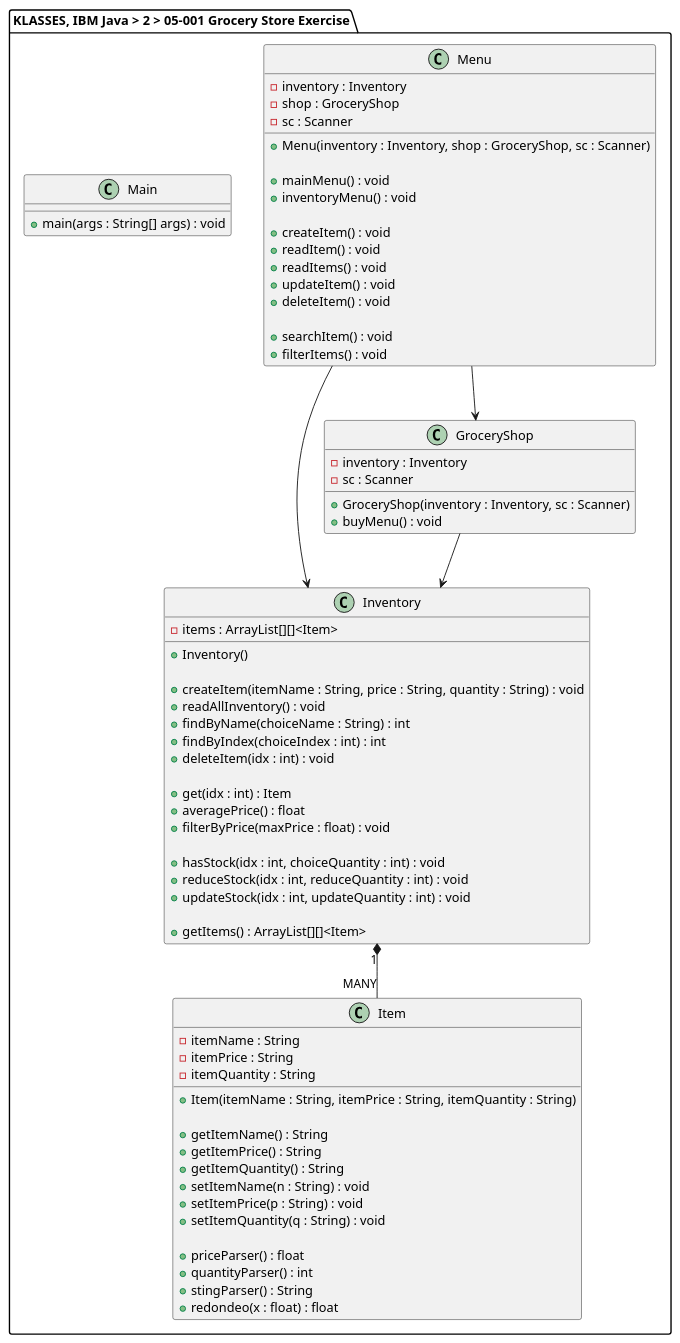
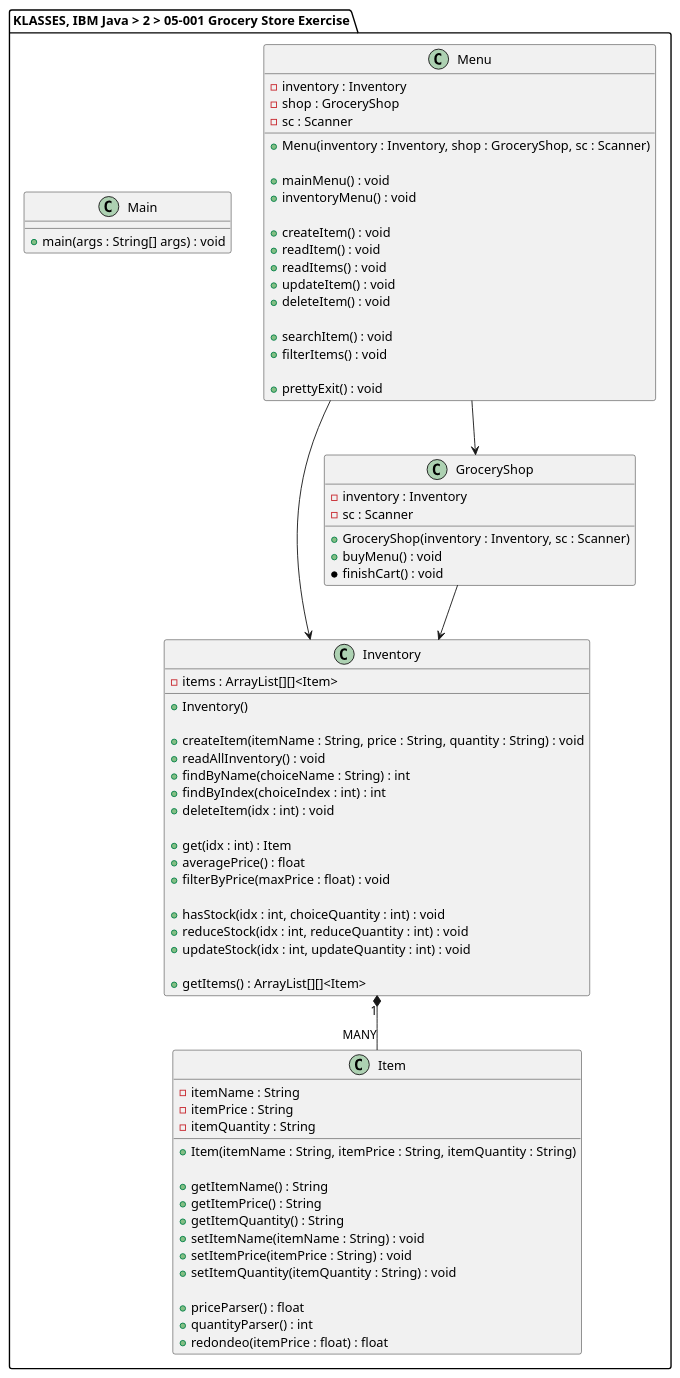
The diagram in IBM_Java_Certification_EXERCISE_02-05-001/exercise/klasses.plantuml (alexandrglm/IBM_Java_Certification_Labs-Exercises), drawn with PlantUML before and after one commit. The commit also changed 10 other files, not shown here.

```diff
--- a/IBM_Java_Certification_EXERCISE_02-05-001/exercise/klasses.plantuml
+++ b/IBM_Java_Certification_EXERCISE_02-05-001/exercise/klasses.plantuml
@@ -1,92 +1,94 @@
 @startuml
 
 package "KLASSES, IBM Java > 2 > 05-001 Grocery Store Exercise" {
 
     class Item {
 
         - itemName : String
         - itemPrice : String
         - itemQuantity : String
 
         + Item(itemName : String, itemPrice : String, itemQuantity : String)
 
         + getItemName() : String
         + getItemPrice() : String
         + getItemQuantity() : String
-        + setItemName(n : String) : void
-        + setItemPrice(p : String) : void
-        + setItemQuantity(q : String) : void
+        + setItemName(itemName : String) : void
+        + setItemPrice(itemPrice : String) : void
+        + setItemQuantity(itemQuantity : String) : void
 
         + priceParser() : float
         + quantityParser() : int
-        + stingParser() : String
-        + redondeo(x : float) : float
+        + redondeo(itemPrice : float) : float
     }
 
     class Inventory {
 
         - items : ArrayList[][]<Item>
 
         + Inventory()
 
         + createItem(itemName : String, price : String, quantity : String) : void
         + readAllInventory() : void
         + findByName(choiceName : String) : int
         + findByIndex(choiceIndex : int) : int
         + deleteItem(idx : int) : void
 
         + get(idx : int) : Item
         + averagePrice() : float
         + filterByPrice(maxPrice : float) : void
 
         + hasStock(idx : int, choiceQuantity : int) : void
         + reduceStock(idx : int, reduceQuantity : int) : void
         + updateStock(idx : int, updateQuantity : int) : void
 
         + getItems() : ArrayList[][]<Item>
     }
 
     class GroceryShop {
 
         - inventory : Inventory
         - sc : Scanner
 
         + GroceryShop(inventory : Inventory, sc : Scanner)
         + buyMenu() : void
+        * finishCart() : void
     }
 
     class Menu {
 
         - inventory : Inventory
         - shop : GroceryShop
         - sc : Scanner
 
         + Menu(inventory : Inventory, shop : GroceryShop, sc : Scanner)
 
         + mainMenu() : void
         + inventoryMenu() : void
 
         + createItem() : void
         + readItem() : void
         + readItems() : void
         + updateItem() : void
         + deleteItem() : void
 
         + searchItem() : void
         + filterItems() : void
+
+        + prettyExit() : void
     }
 
 
     class Main {
 
         + main(args : String[] args) : void
 
     }
 
     Inventory "1" *-- "MANY" Item
     GroceryShop --> Inventory
     Menu --> Inventory
     Menu --> GroceryShop
 
 }
 @enduml
```
